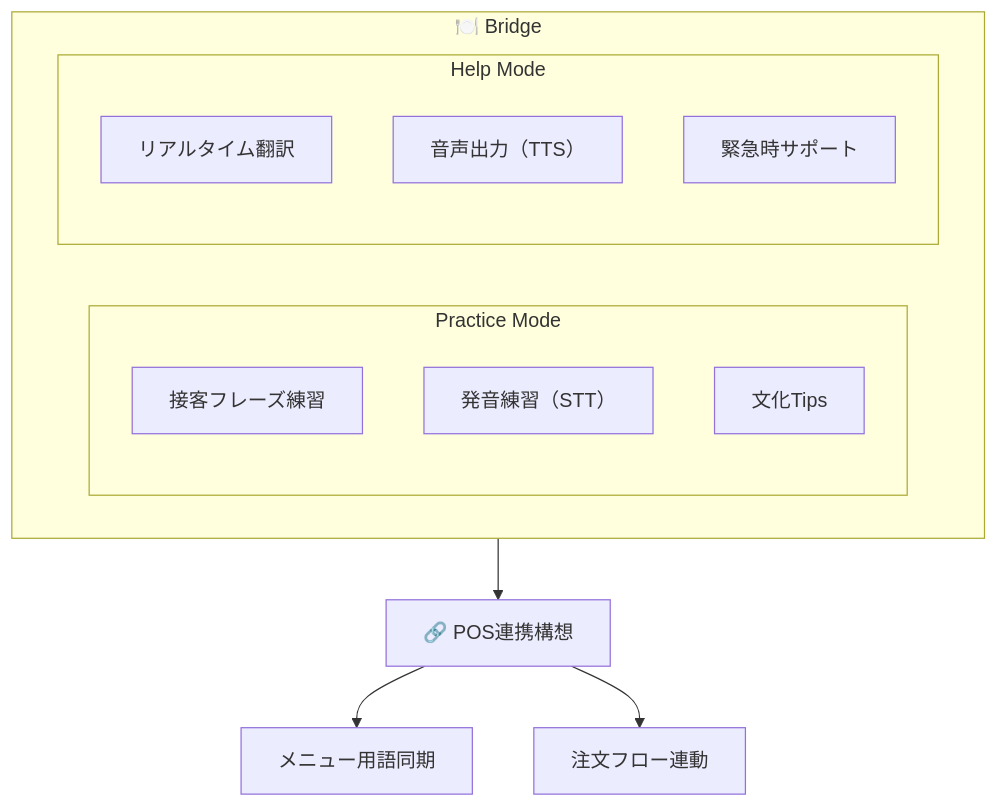
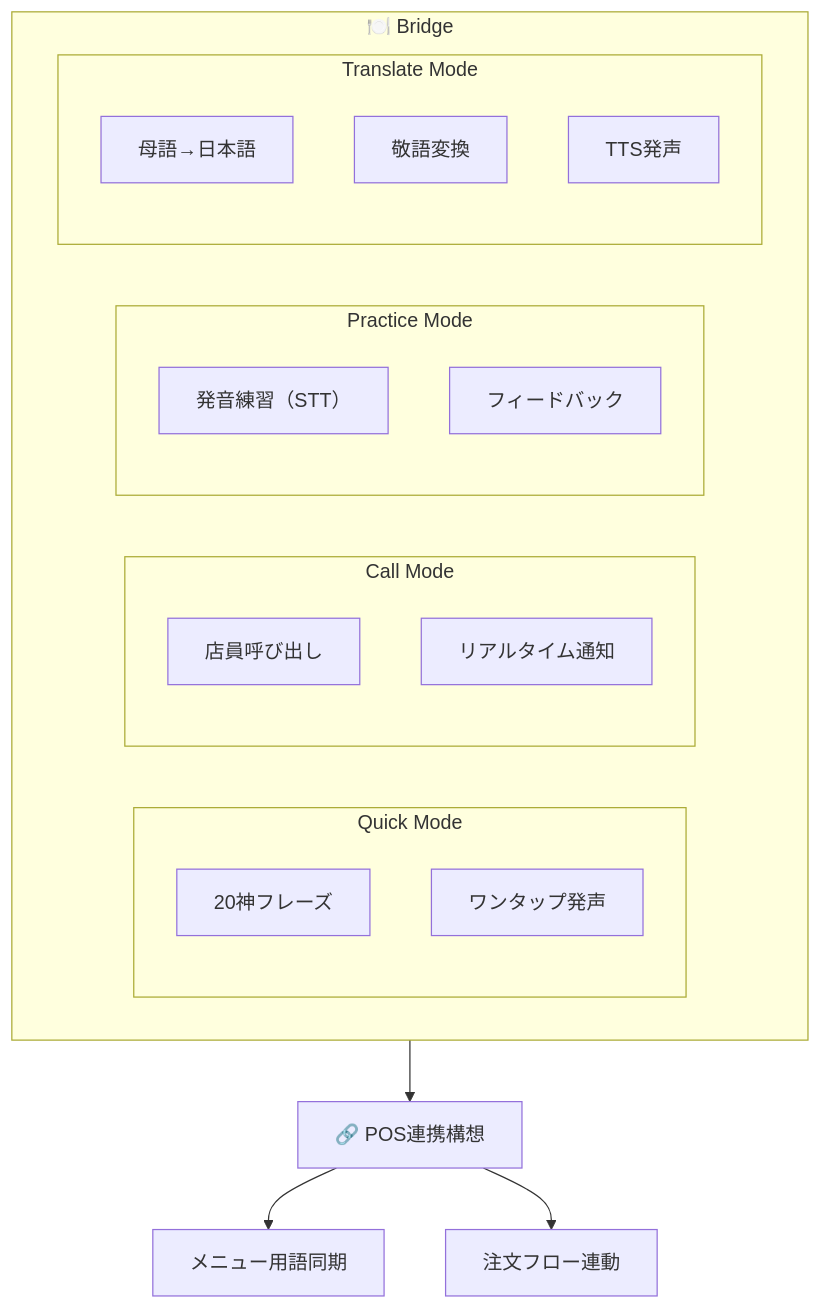
One commit to koshikawa-masato/Bridge-Restaurant-Training changed the second of 5 diagrams in README.md. Above: the diagram before and after it, drawn with Mermaid. The commit also changed other lines of this file and 2 other files, not shown here.

````diff
--- a/README.md
+++ b/README.md
@@ -58,19 +157,26 @@
 ```mermaid
 flowchart TB
     subgraph Bridge["🍽️ Bridge"]
+        subgraph Quick["Quick Mode"]
+            Q1["20神フレーズ"]
+            Q2["ワンタップ発声"]
+        end
+        subgraph Call["Call Mode"]
+            C1["店員呼び出し"]
+            C2["リアルタイム通知"]
+        end
         subgraph Practice["Practice Mode"]
-            P1["接客フレーズ練習"]
-            P2["発音練習（STT）"]
-            P3["文化Tips"]
+            P1["発音練習（STT）"]
+            P2["フィードバック"]
         end
-        subgraph Help["Help Mode"]
-            H1["リアルタイム翻訳"]
-            H2["音声出力（TTS）"]
-            H3["緊急時サポート"]
+        subgraph Translate["Translate Mode"]
+            T1["母語→日本語"]
+            T2["敬語変換"]
+            T3["TTS発声"]
         end
     end
 
     Bridge --> POS["🔗 POS連携構想"]
     POS --> M1["メニュー用語同期"]
     POS --> M2["注文フロー連動"]
 ```
````
